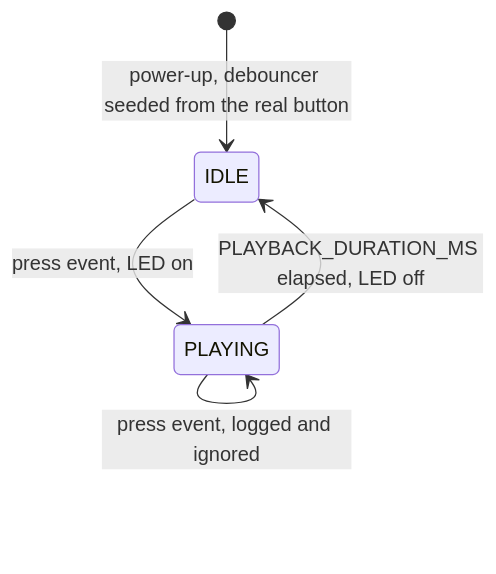
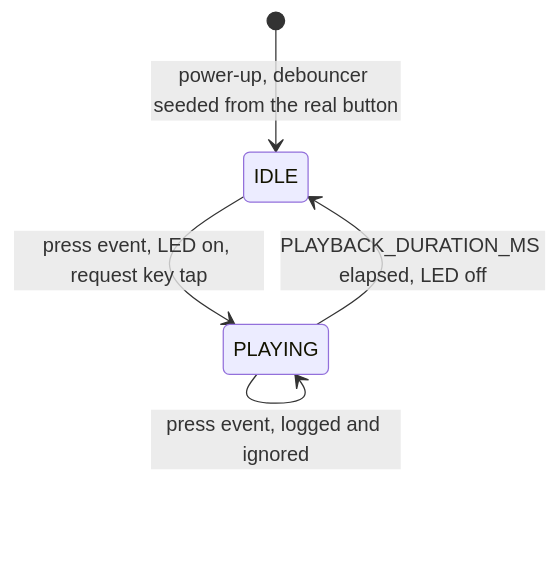
Before and after one commit to iwonder77/MAL-trigger-firmware: the diagram in README.md, drawn with Mermaid. The commit also changed other lines of this file and 2 other files, not shown here.

First line of the commit message:
feat: send a USB key tap on each button press

````diff
--- a/README.md
+++ b/README.md
@@ -29,7 +29,7 @@
 ```mermaid
 stateDiagram-v2
     [*] --> IDLE: power-up, debouncer seeded from the real button
-    IDLE --> PLAYING: press event, LED on
+    IDLE --> PLAYING: press event, LED on, request key tap
     PLAYING --> PLAYING: press event, logged and ignored
     PLAYING --> IDLE: PLAYBACK_DURATION_MS elapsed, LED off
 ```
````
